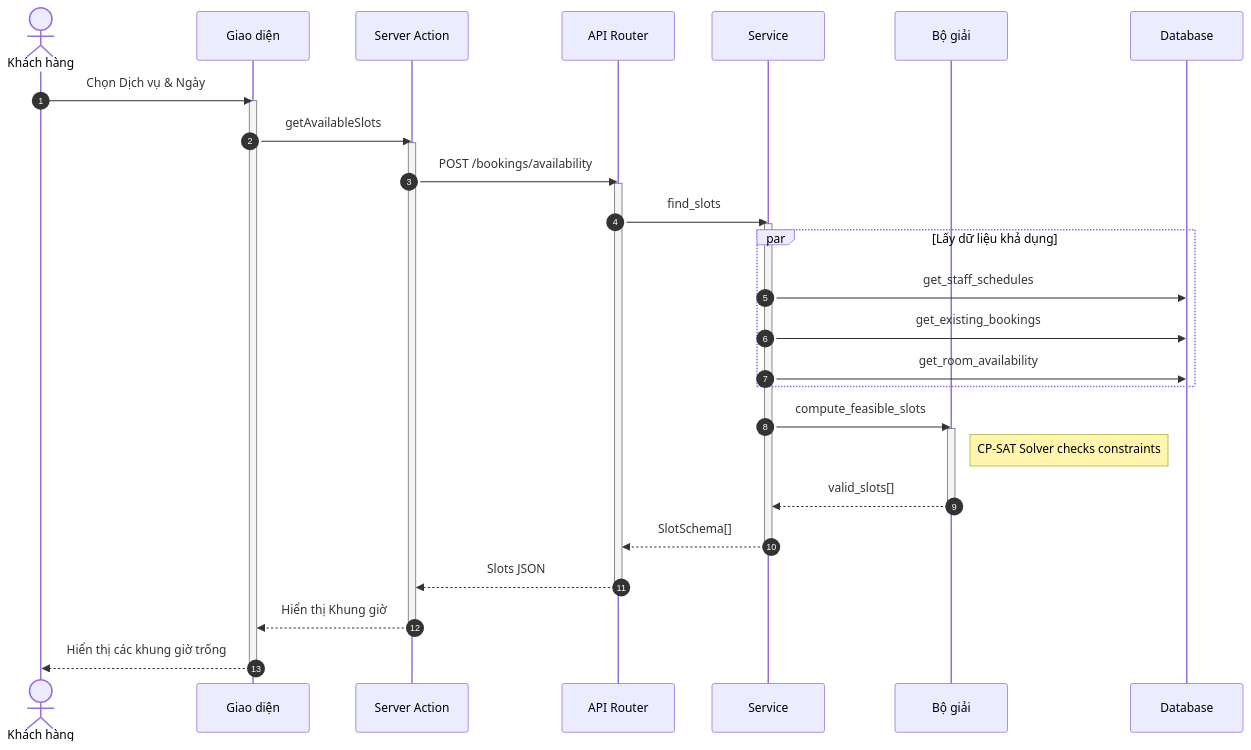
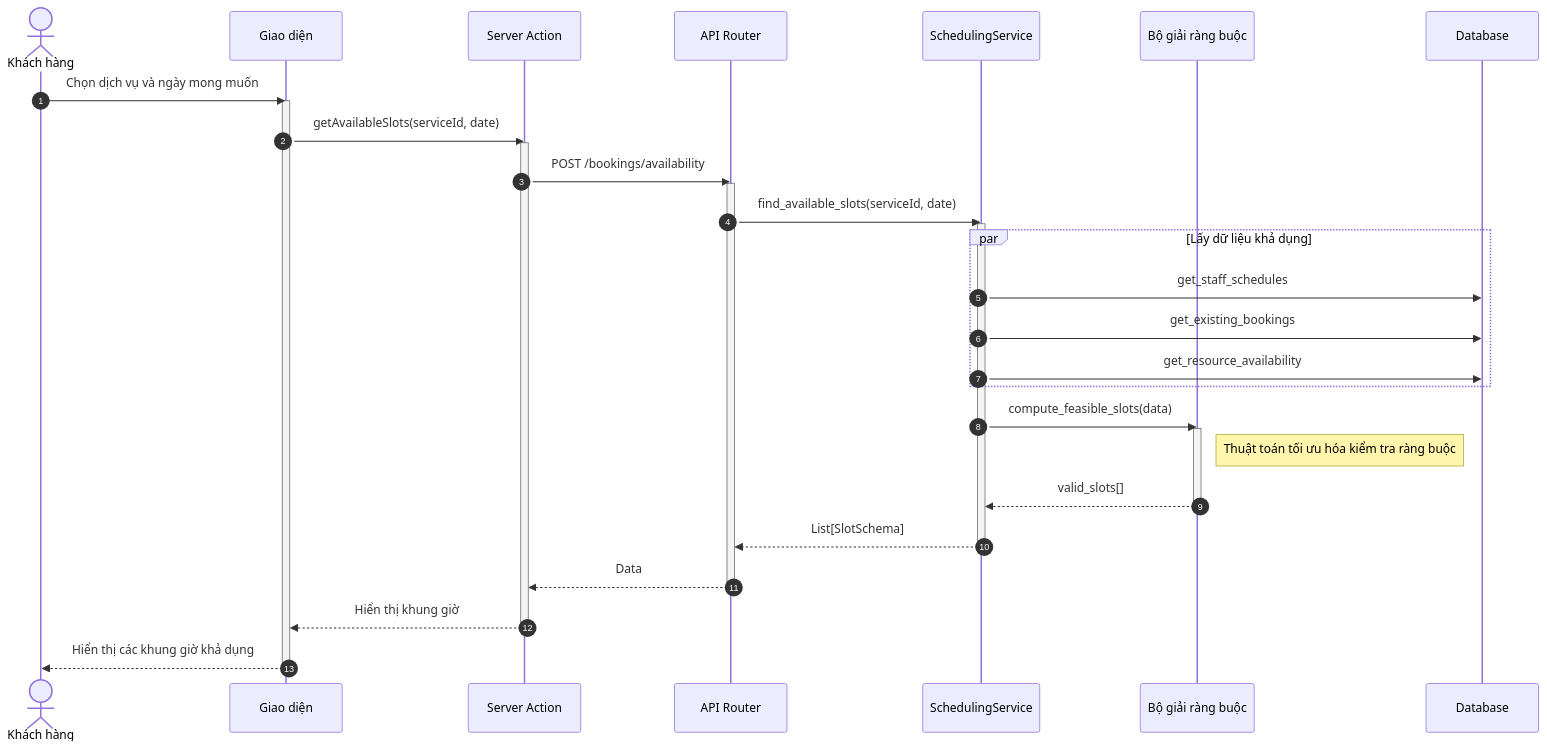
The third of 9 diagrams in docs/design/sequences/customer_flows.md (ngoctinn/Synapse), drawn with Mermaid before and after one commit. The commit also changed other lines of this file and 11 other files, not shown here.

Commit message:
docs: Add initial design documentation, including architecture, UI, use cases, and detailed sequence diagrams for various user flows.

````diff
--- a/docs/design/sequences/customer_flows.md
+++ b/docs/design/sequences/customer_flows.md
@@ -112,46 +112,46 @@
 ```mermaid
 sequenceDiagram
     autonumber
     actor KH as Khách hàng
     participant UI as Giao diện
     participant BFF as Server Action
     participant API as API Router
-    participant S as Service
-    participant SOLVER as Bộ giải
+    participant S as SchedulingService
+    participant SOLVER as Bộ giải ràng buộc
     participant DB as Database
 
-    KH->>UI: Chọn Dịch vụ & Ngày
+    KH->>UI: Chọn dịch vụ và ngày mong muốn
     activate UI
-    UI->>BFF: getAvailableSlots
+    UI->>BFF: getAvailableSlots(serviceId, date)
     activate BFF
 
     BFF->>API: POST /bookings/availability
     activate API
 
-    API->>S: find_slots
+    API->>S: find_available_slots(serviceId, date)
     activate S
 
     par Lấy dữ liệu khả dụng
         S->>DB: get_staff_schedules
         S->>DB: get_existing_bookings
-        S->>DB: get_room_availability
+        S->>DB: get_resource_availability
     end
 
-    S->>SOLVER: compute_feasible_slots
+    S->>SOLVER: compute_feasible_slots(data)
     activate SOLVER
-    note right of SOLVER: CP-SAT Solver checks constraints
+    note right of SOLVER: Thuật toán tối ưu hóa kiểm tra ràng buộc
     SOLVER-->>S: valid_slots[]
     deactivate SOLVER
 
-    S-->>API: SlotSchema[]
+    S-->>API: List[SlotSchema]
     deactivate S
 
-    API-->>BFF: Slots JSON
+    API-->>BFF: Data
     deactivate API
 
-    BFF-->>UI: Hiển thị Khung giờ
+    BFF-->>UI: Hiển thị khung giờ
     deactivate BFF
 
-    UI-->>KH: Hiển thị các khung giờ trống
+    UI-->>KH: Hiển thị các khung giờ khả dụng
     deactivate UI
 ```
````
